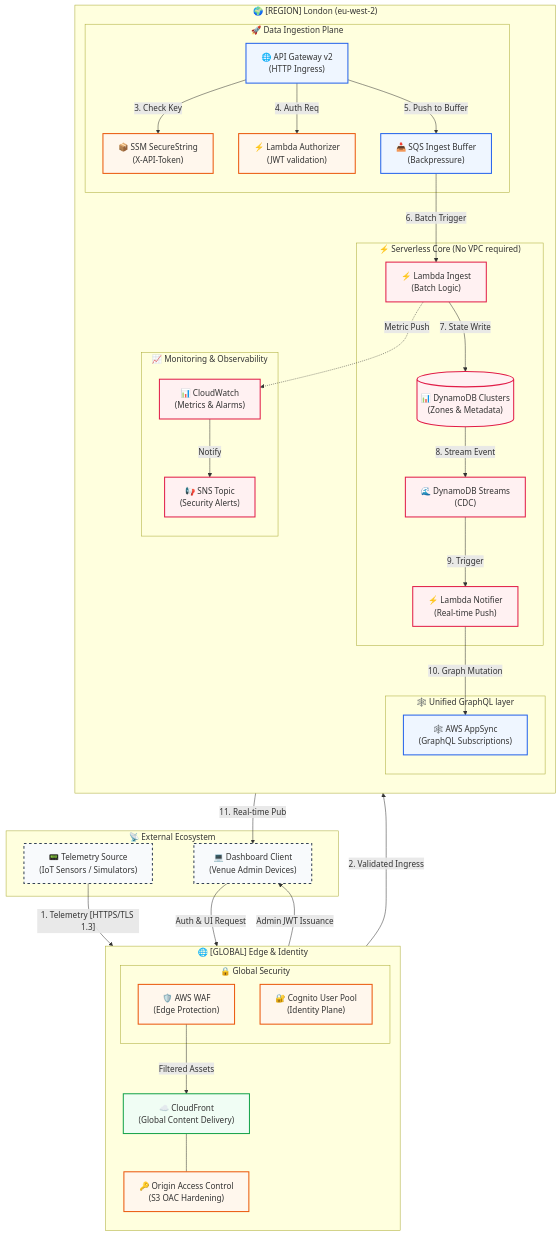
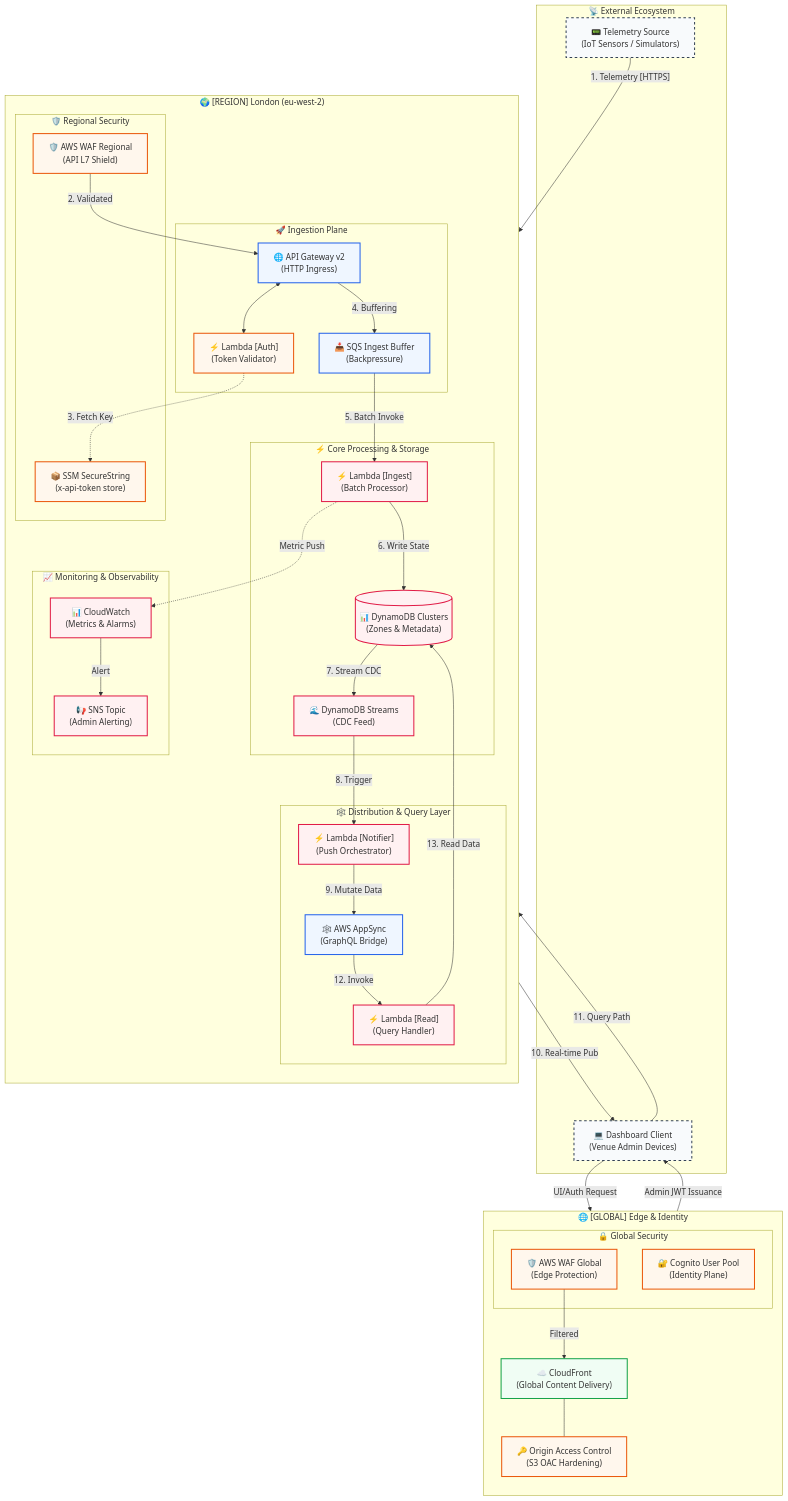
One commit to sakaroncloud/Crowd-Management changed the diagram in README.md. Above: the diagram before and after it, drawn with Mermaid. The commit also changed 1 other file, not shown here.

Commit message:
docs: implement granular architecture visualization with 4 distinct Lambdas
- Decomposed the 'Lambda' block into Auth, Ingest, Read, and Notifier functions.
- Updated Mermaid diagram with specific directional arrows for each Lambda's purpose.
- Added AppSync query path (L-READ) and DDB Stream path (L-NOTIFY) to the visualization.
- Refreshed 'architecture_final.png' with a professional, multi-lambda architectural design.

````diff
--- a/README.md
+++ b/README.md
@@ -27,7 +27,7 @@
     subgraph "🌐 [GLOBAL] Edge & Identity"
         direction TB
         subgraph "🔒 Global Security"
-            WAF["🛡️ AWS WAF<br/>(Edge Protection)"]
+            WAF-G["🛡️ AWS WAF Global<br/>(Edge Protection)"]
             COG["🔐 Cognito User Pool<br/>(Identity Plane)"]
         end
         CF["☁️ CloudFront<br/>(Global Content Delivery)"]
@@ -38,51 +38,60 @@
     subgraph "🌍 [REGION] London (eu-west-2)"
         direction TB
         
-        %% NO VPC demarcated by lack of VPC box, but logically grouped
-        subgraph "🚀 Data Ingestion Plane"
+        subgraph "🛡️ Regional Security"
+            WAF-R["🛡️ AWS WAF Regional<br/>(API L7 Shield)"]
+            SSM["📦 SSM SecureString<br/>(x-api-token store)"]
+        end
+
+        subgraph "🚀 Ingestion Plane"
             APIG["🌐 API Gateway v2<br/>(HTTP Ingress)"]
-            AUTH["⚡ Lambda Authorizer<br/>(JWT validation)"]
-            SSM["📦 SSM SecureString<br/>(X-API-Token)"]
+            L-AUTH["⚡ Lambda [Auth]<br/>(Token Validator)"]
             SQS["📥 SQS Ingest Buffer<br/>(Backpressure)"]
         end
 
-        subgraph "⚡ Serverless Core (No VPC required)"
-            L-INGEST["⚡ Lambda Ingest<br/>(Batch Logic)"]
+        subgraph "⚡ Core Processing & Storage"
+            L-INGEST["⚡ Lambda [Ingest]<br/>(Batch Processor)"]
             DDB[("📊 DynamoDB Clusters<br/>(Zones & Metadata)")]
-            STREAM["🌊 DynamoDB Streams<br/>(CDC)"]
-            L-NOTIFY["⚡ Lambda Notifier<br/>(Real-time Push)"]
+            STREAM["🌊 DynamoDB Streams<br/>(CDC Feed)"]
         end
 
-        subgraph "🕸️ Unified GraphQL layer"
-            AS["🕸️ AWS AppSync<br/>(GraphQL Subscriptions)"]
+        subgraph "🕸️ Distribution & Query Layer"
+            AS["🕸️ AWS AppSync<br/>(GraphQL Bridge)"]
+            L-NOTIFY["⚡ Lambda [Notifier]<br/>(Push Orchestrator)"]
+            L-READ["⚡ Lambda [Read]<br/>(Query Handler)"]
         end
         
         subgraph "📈 Monitoring & Observability"
             CW["📊 CloudWatch<br/>(Metrics & Alarms)"]
-            SNS["📢 SNS Topic<br/>(Security Alerts)"]
+            SNS["📢 SNS Topic<br/>(Admin Alerting)"]
         end
     end
 
     %% Data Flow (Zero to End)
-    TS -- "1. Telemetry [HTTPS/TLS 1.3]" --> WAF
-    WAF -- "2. Validated Ingress" --> APIG
-    APIG -- "3. Check Key" --> SSM
-    APIG -- "4. Auth Req" --> AUTH
-    APIG -- "5. Push to Buffer" --> SQS
-    SQS -- "6. Batch Trigger" --> L-INGEST
-    L-INGEST -- "7. State Write" --> DDB
-    DDB -- "8. Stream Event" --> STREAM
-    STREAM -- "9. Trigger" --> L-NOTIFY
-    L-NOTIFY -- "10. Graph Mutation" --> AS
-    AS -- "11. Real-time Pub" --> ADMIN
+    TS -- "1. Telemetry [HTTPS]" --> WAF-R
+    WAF-R -- "2. Validated" --> APIG
+    APIG <--> L-AUTH
+    L-AUTH -. "3. Fetch Key" .-> SSM
+    APIG -- "4. Buffering" --> SQS
+    SQS -- "5. Batch Invoke" --> L-INGEST
+    L-INGEST -- "6. Write State" --> DDB
+    DDB -- "7. Stream CDC" --> STREAM
+    STREAM -- "8. Trigger" --> L-NOTIFY
+    L-NOTIFY -- "9. Mutate Data" --> AS
+    AS -- "10. Real-time Pub" --> ADMIN
+
+    %% AppSync Query Path
+    ADMIN -- "11. Query Path" --> AS
+    AS -- "12. Invoke" --> L-READ
+    L-READ -- "13. Read Data" --> DDB
 
     %% Security & Management Links
-    ADMIN -- "Auth & UI Request" --> WAF
-    WAF -- "Filtered Assets" --> CF
+    ADMIN -- "UI/Auth Request" --> WAF-G
+    WAF-G -- "Filtered" --> CF
     CF --- OAC
     COG -- "Admin JWT Issuance" --> ADMIN
     L-INGEST -. "Metric Push" .-> CW
-    CW -- "Notify" --> SNS
+    CW -- "Alert" --> SNS
 
     %% Visual Styling
     classDef edge fill:#f8fafc,stroke:#334155,stroke-width:2px,stroke-dasharray: 5 5;
@@ -92,8 +101,8 @@
     classDef security fill:#fff7ed,stroke:#ea580c,stroke-width:2px;
     
     class TS,ADMIN edge;
-    class WAF,COG,AUTH,SSM,OAC security;
+    class WAF-G,WAF-R,COG,L-AUTH,SSM,OAC security;
     class APIG,SQS,AS regional;
     class CF global;
-    class L-INGEST,L-NOTIFY,DDB,STREAM,CW,SNS compute;
+    class L-INGEST,L-READ,L-NOTIFY,DDB,STREAM,CW,SNS compute;
 ```
````
